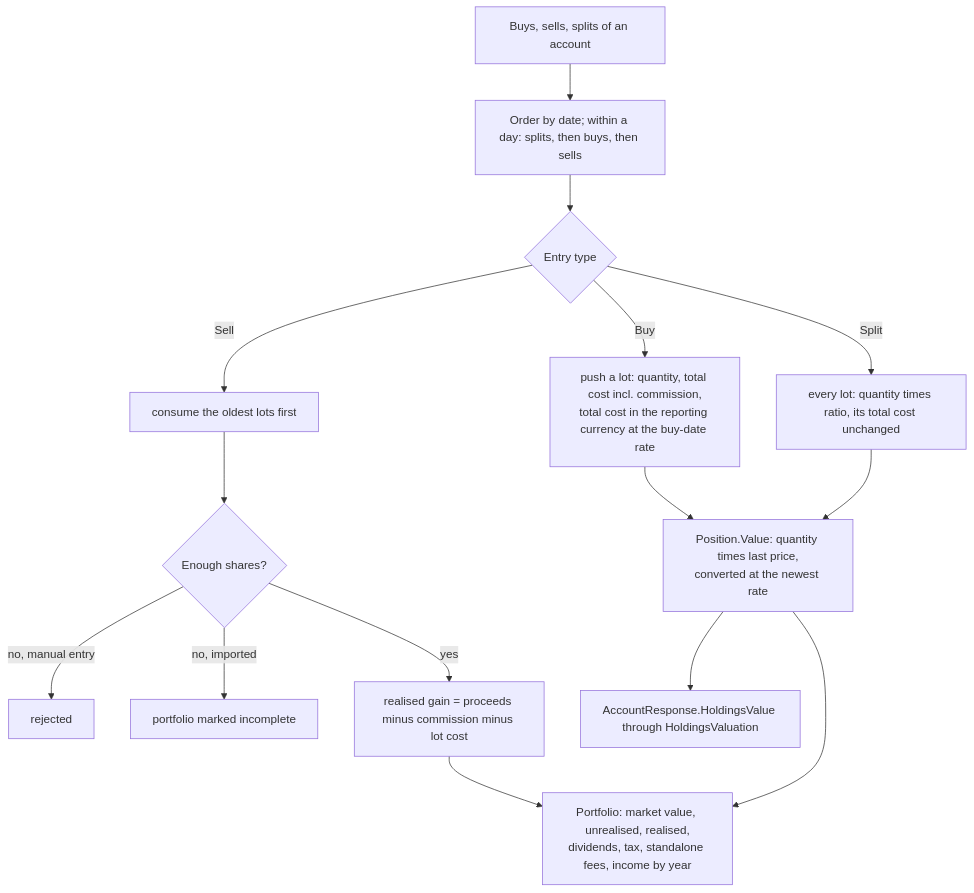
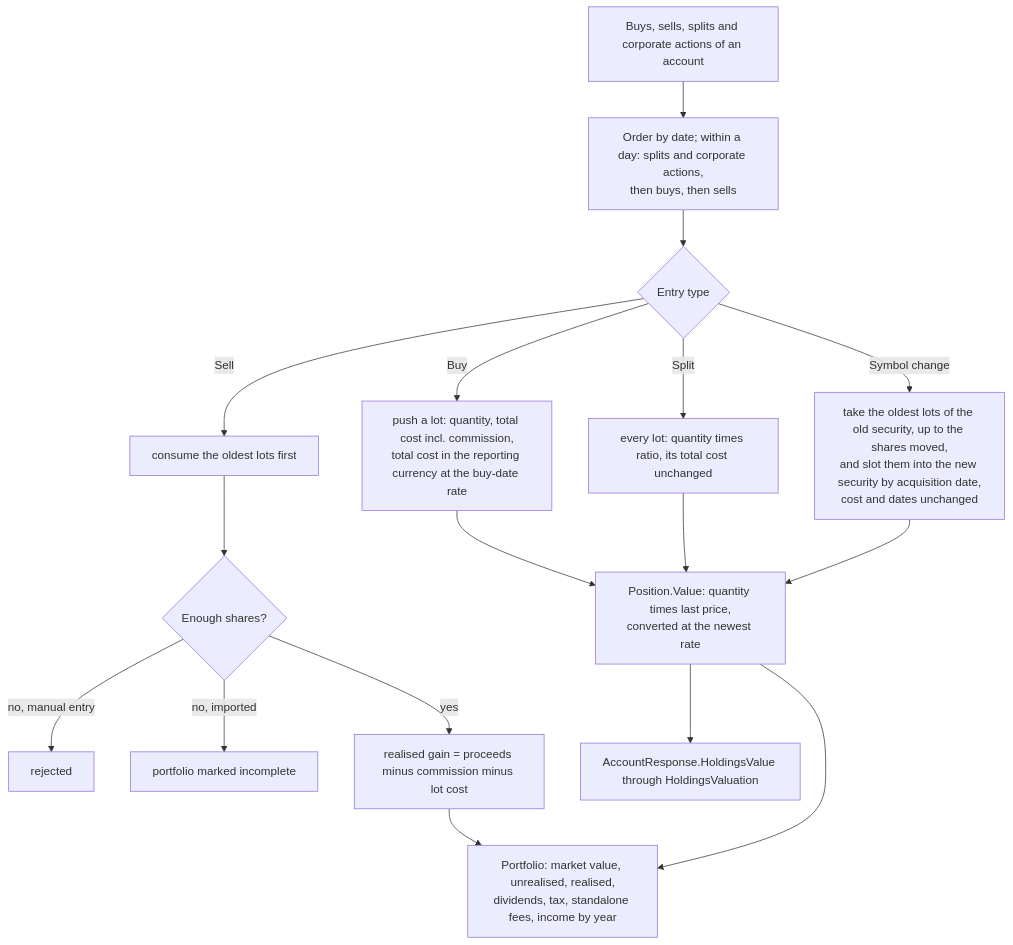
The first of 10 diagrams in docs/features/investments.md (Justxs/Jx-Finance), drawn with Mermaid before and after one commit. The commit also changed other lines of this file and 67 other files, not shown here.

````diff
--- a/docs/features/investments.md
+++ b/docs/features/investments.md
@@ -11,17 +11,19 @@
 ```mermaid
 flowchart TD
-    Entries["Buys, sells, splits of an account"] --> Order["Order by date; within a day: splits, then buys, then sells"]
+    Entries["Buys, sells, splits and corporate actions of an account"] --> Order["Order by date; within a day: splits and corporate actions,<br/>then buys, then sells"]
     Order --> Kind{"Entry type"}
     Kind -->|"Buy"| Lot["push a lot: quantity, total cost incl. commission,<br/>total cost in the reporting currency at the buy-date rate"]
     Kind -->|"Split"| Ratio["every lot: quantity times ratio, its total cost unchanged"]
+    Kind -->|"Symbol change"| Move["take the oldest lots of the old security, up to the shares moved,<br/>and slot them into the new security by acquisition date,<br/>cost and dates unchanged"]
     Kind -->|"Sell"| Fifo["consume the oldest lots first"]
     Fifo --> Cover{"Enough shares?"}
     Cover -->|"no, manual entry"| Reject["rejected"]
     Cover -->|"no, imported"| Incomplete["portfolio marked incomplete"]
     Cover -->|"yes"| Realised["realised gain = proceeds minus commission minus lot cost"]
     Lot --> Pos["Position.Value: quantity times last price,<br/>converted at the newest rate"]
     Ratio --> Pos
+    Move --> Pos
     Realised --> Totals["Portfolio: market value, unrealised, realised,<br/>dividends, tax, standalone fees, income by year"]
     Pos --> Totals
     Pos --> AccBal["AccountResponse.HoldingsValue through HoldingsValuation"]
 ```
````
